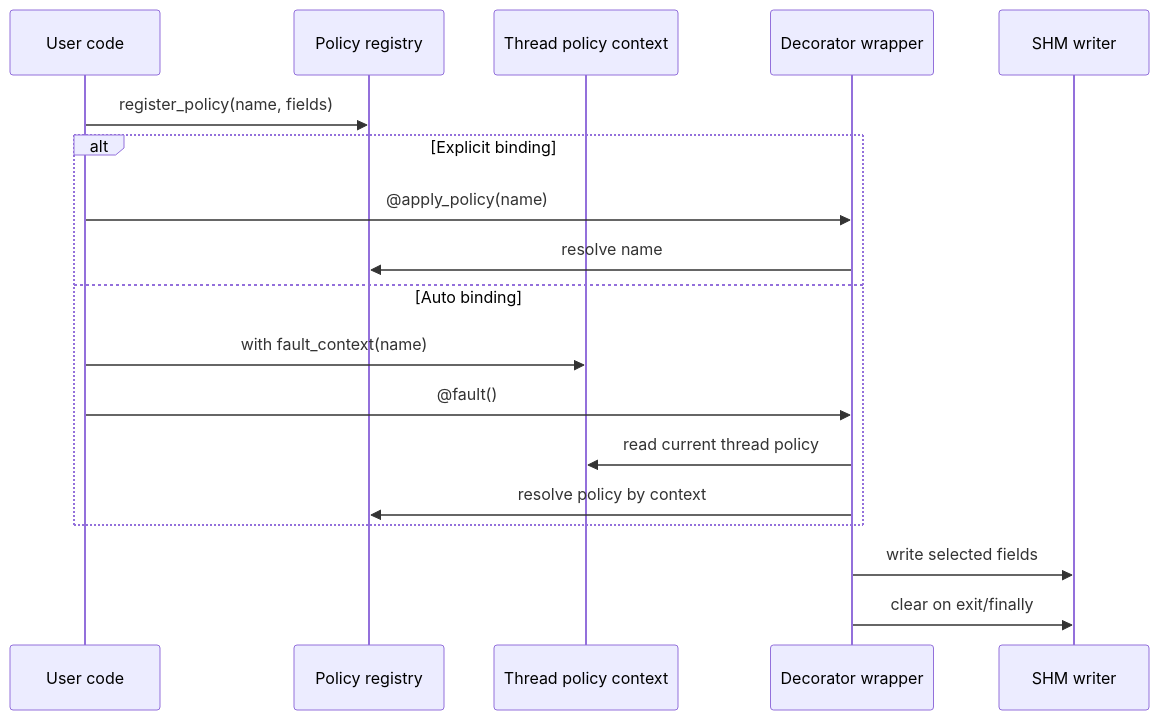
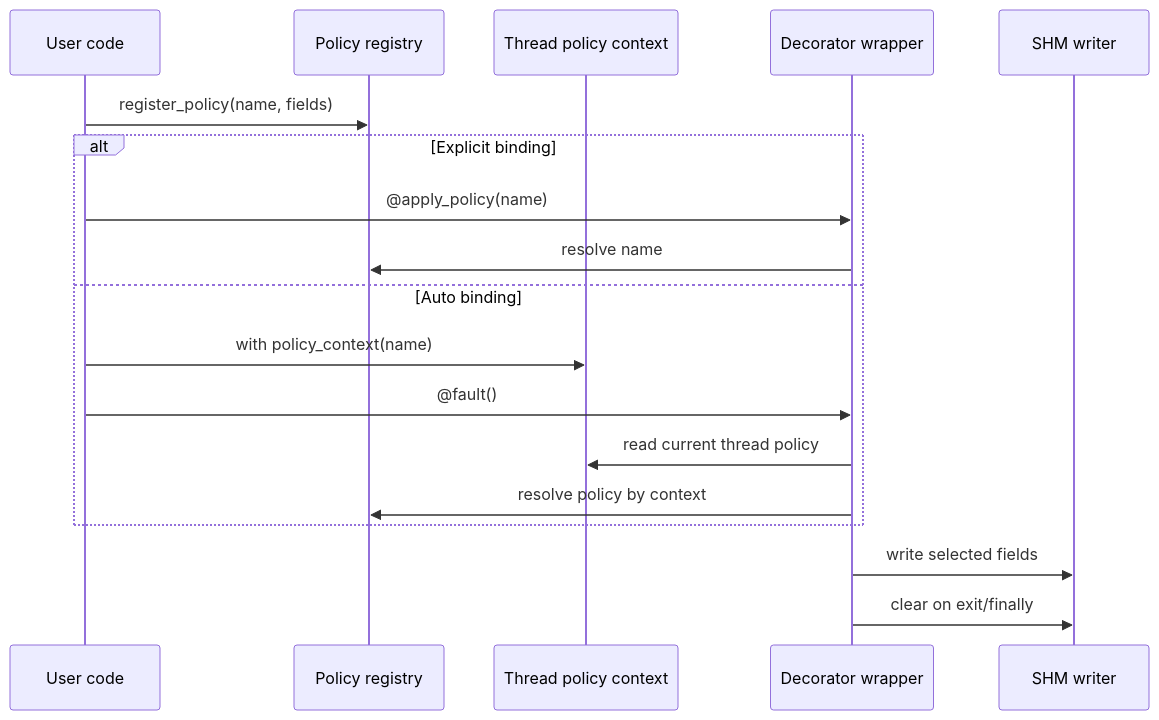
One commit to albertobadia/faultcore changed the diagram in docs/policies_and_context.md. Above: the diagram before and after it, drawn with Mermaid. The commit also changed other lines of this file and 19 other files, not shown here.

Commit message:
CHANGE: Rename decorators for consistent API: `connect_timeout` → `timeout`, `rate_limit` → `rate`, `apply_policy` → `fault`, using duration strings instead of integer milliseconds ADD: Update all examples and documentation to use new decorator API with improved usage instructions

````diff
--- a/docs/policies_and_context.md
+++ b/docs/policies_and_context.md
@@ -21,21 +21,21 @@
 ```mermaid
 sequenceDiagram
     participant User as User code
     participant Reg as Policy registry
     participant Ctx as Thread policy context
     participant Wrap as Decorator wrapper
     participant SHM as SHM writer
 
     User->>Reg: register_policy(name, fields)
     alt Explicit binding
         User->>Wrap: @apply_policy(name)
         Wrap->>Reg: resolve name
     else Auto binding
-        User->>Ctx: with fault_context(name)
+        User->>Ctx: with policy_context(name)
         User->>Wrap: @fault()
         Wrap->>Ctx: read current thread policy
         Wrap->>Reg: resolve policy by context
     end
     Wrap->>SHM: write selected fields
     Wrap->>SHM: clear on exit/finally
 ```
````
